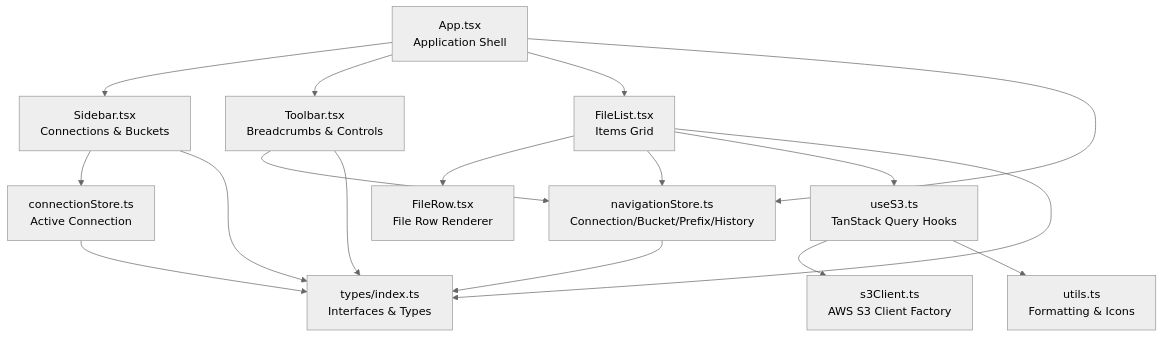
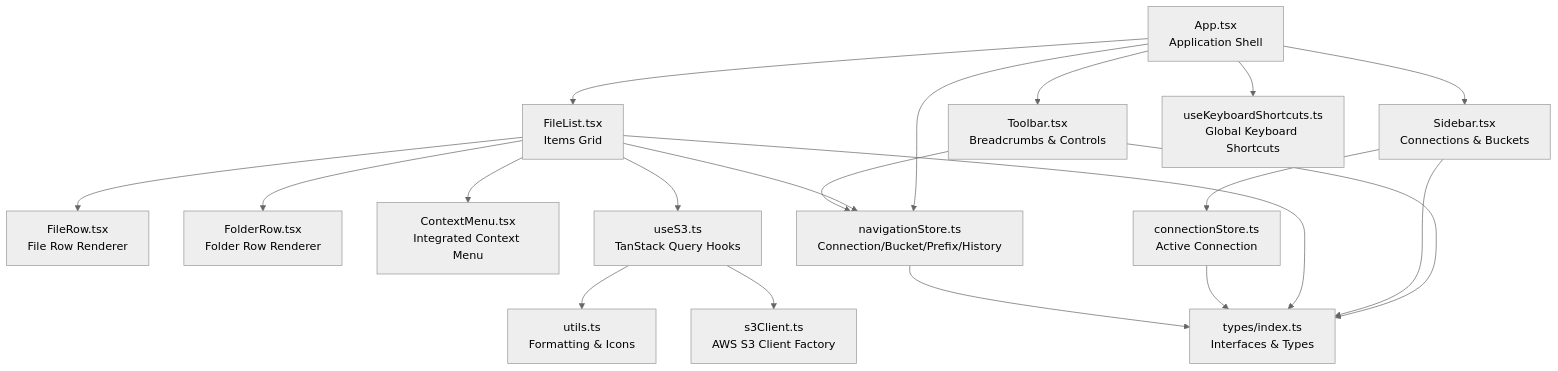
The first of 15 diagrams in .qoder/repowiki/en/content/Core Features/File Browser Interface.md (nasrulhadi/s3-explorer), drawn with Mermaid (neutral theme) before and after one commit. The commit also changed other lines of this file and 44 other files, not shown here.

````diff
--- a/.qoder/repowiki/en/content/Core Features/File Browser Interface.md
+++ b/.qoder/repowiki/en/content/Core Features/File Browser Interface.md
@@ -43,19 +60,22 @@
 ```mermaid
 graph TB
 App["App.tsx<br/>Application Shell"] --> Sidebar["Sidebar.tsx<br/>Connections & Buckets"]
 App --> Toolbar["Toolbar.tsx<br/>Breadcrumbs & Controls"]
 App --> FileList["FileList.tsx<br/>Items Grid"]
 FileList --> FileRow["FileRow.tsx<br/>File Row Renderer"]
+FileList --> FolderRow["FolderRow.tsx<br/>Folder Row Renderer"]
+FileList --> ContextMenu["ContextMenu.tsx<br/>Integrated Context Menu"]
+App --> KeyboardShortcuts["useKeyboardShortcuts.ts<br/>Global Keyboard Shortcuts"]
 Sidebar --> ConnectionStore["connectionStore.ts<br/>Active Connection"]
 Toolbar --> NavigationStore["navigationStore.ts<br/>Connection/Bucket/Prefix/History"]
 FileList --> NavigationStore
 App --> NavigationStore
 FileList --> UseS3["useS3.ts<br/>TanStack Query Hooks"]
 UseS3 --> S3Client["s3Client.ts<br/>AWS S3 Client Factory"]
 UseS3 --> Utils["utils.ts<br/>Formatting & Icons"]
 NavigationStore --> Types["types/index.ts<br/>Interfaces & Types"]
 ConnectionStore --> Types
 FileList --> Types
 Sidebar --> Types
 Toolbar --> Types
 ```
````
